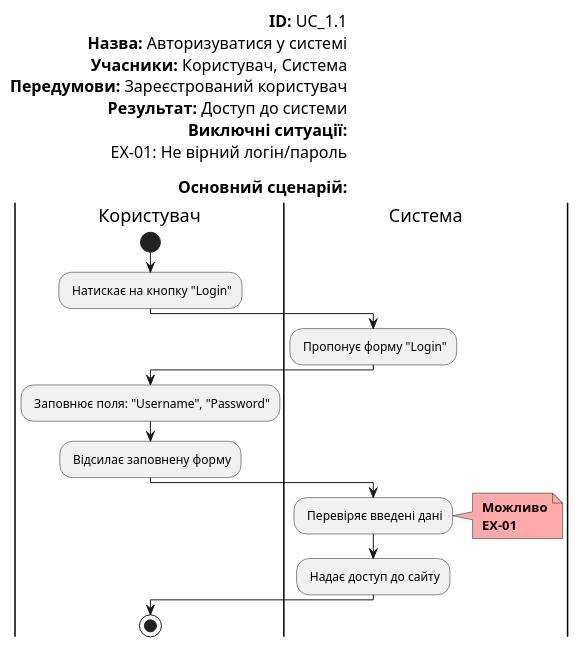
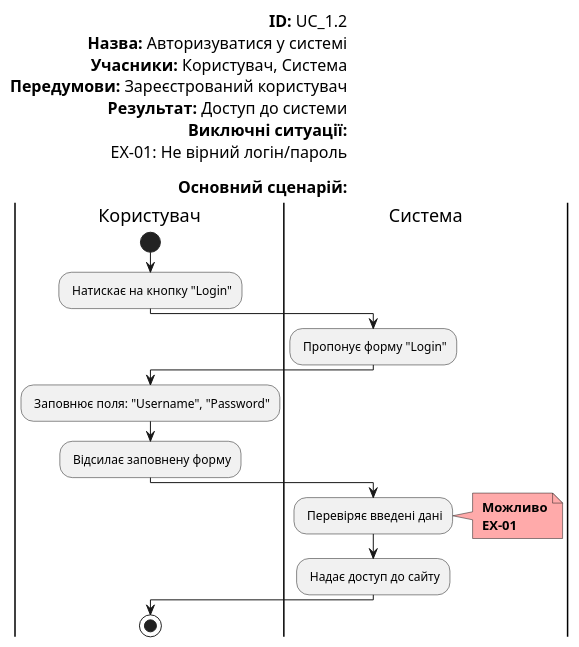
One commit to boldak/edu-db-cw changed the third of 4 diagrams in docs/use cases/README.md. Above: the diagram before and after it, drawn with PlantUML. The commit also changed other lines of this file, not shown here.

```diff
--- a/docs/use cases/README.md
+++ b/docs/use cases/README.md
@@ -117,32 +117,32 @@
 @startuml
 
     left header
-        <font color=000 size=16><b>ID:</b> UC_1.1
+        <font color=000 size=16><b>ID:</b> UC_1.2
         <font color=000 size=16><b>Назва:</b> Авторизуватися у системі
         <font color=000 size=16><b>Учасники:</b> Користувач, Система
         <font color=000 size=16><b>Передумови:</b> Зареєстрований користувач
         <font color=000 size=16><b>Результат:</b> Доступ до системи
         <font color=000 size=16><b>Виключні ситуації:</b>
         <font color=000 size=16>EX-01: Не вірний логін/пароль
 
         <font color=000 size=16><b>Основний сценарій:</b>
     end header
 
     |Користувач|
         start
         : Натискає на кнопку "Login";
     |Система|
         : Пропонує форму "Login";
     |Користувач|
         : Заповнює поля: "Username", "Password";
         : Відсилає заповнену форму;
     |Система|
         : Перевіряє введені дані;
         note right #ffaaaa
         <b> Можливо
         <b> EX-01
         end note
         : Надає доступ до сайту;
     |Користувач|
         stop;
 @enduml
```
